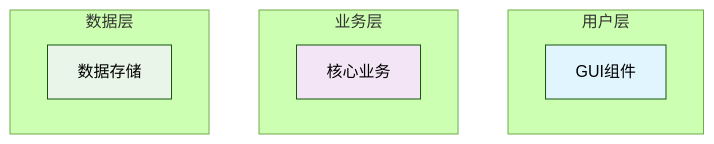
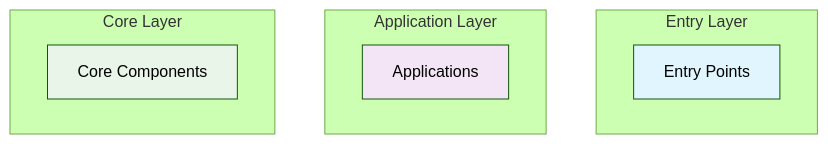
Before and after one commit to franciszero/RopeJumpCounter: the tenth of 10 diagrams in docs/ARCHITECTURE.md, drawn with Mermaid (forest theme). The commit also changed other lines of this file and 289 other files, not shown here.

````diff
--- a/docs/ARCHITECTURE.md
+++ b/docs/ARCHITECTURE.md
@@ -250,17 +458,17 @@
 ```mermaid
 graph TB
-    subgraph "用户层" 
-        style GUI fill:#e1f5fe
-        GUI[GUI组件]
+    subgraph "Entry Layer" 
+        style RUN fill:#e1f5fe
+        RUN[Entry Points]
     end
     
-    subgraph "业务层"
-        style CORE fill:#f3e5f5
-        CORE[核心业务]
+    subgraph "Application Layer"
+        style MAIN fill:#f3e5f5
+        MAIN[Applications]
     end
     
-    subgraph "数据层"
-        style DATA fill:#e8f5e8
-        DATA[数据存储]
+    subgraph "Core Layer"
+        style CONTAINER fill:#e8f5e8
+        CONTAINER[Core Components]
     end
 ```
````
